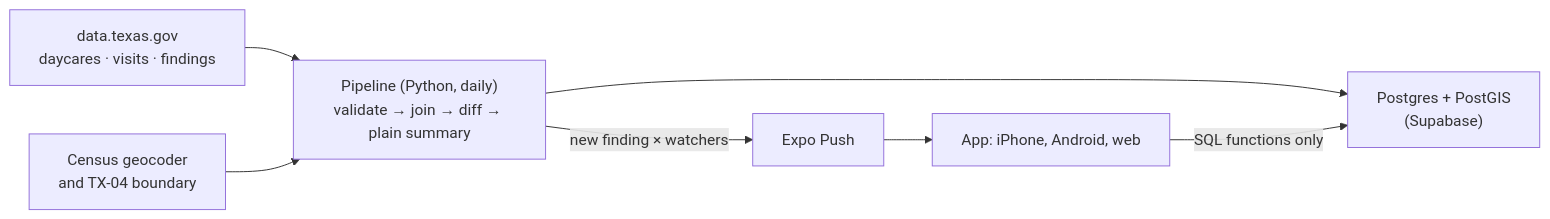
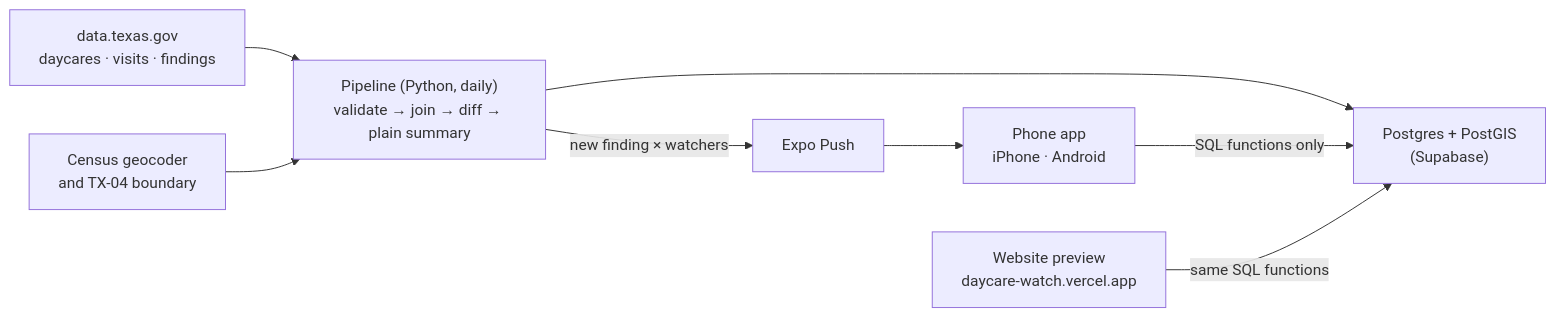
The diagram in README.md (areebhirani-beep/daycare-watch), drawn with Mermaid before and after one commit. The commit also changed other lines of this file and 6 other files, not shown here.

Commit message:
Docs: honest endpoint results, back the 1,347 figure, redact a home operator name, app-ci in TESTING

````diff
--- a/README.md
+++ b/README.md
@@ -59,8 +60,9 @@
 ```mermaid
 flowchart LR
   TX["data.texas.gov<br/>daycares · visits · findings"] --> P["Pipeline (Python, daily)<br/>validate → join → diff → plain summary"]
   CEN["Census geocoder<br/>and TX-04 boundary"] --> P
   P --> DB["Postgres + PostGIS<br/>(Supabase)"]
-  P -- "new finding × watchers" --> PUSH["Expo Push"] --> APP["App: iPhone, Android, web"]
+  P -- "new finding × watchers" --> PUSH["Expo Push"] --> APP["Phone app<br/>iPhone · Android"]
   APP -- "SQL functions only" --> DB
+  WEB["Website preview<br/>daycare-watch.vercel.app"] -- "same SQL functions" --> DB
 ```
````
